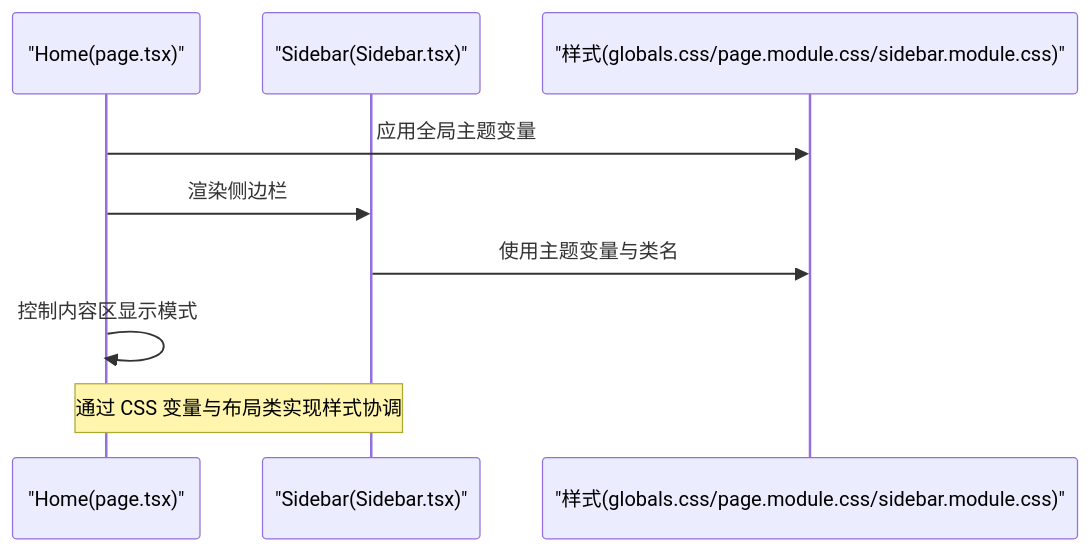
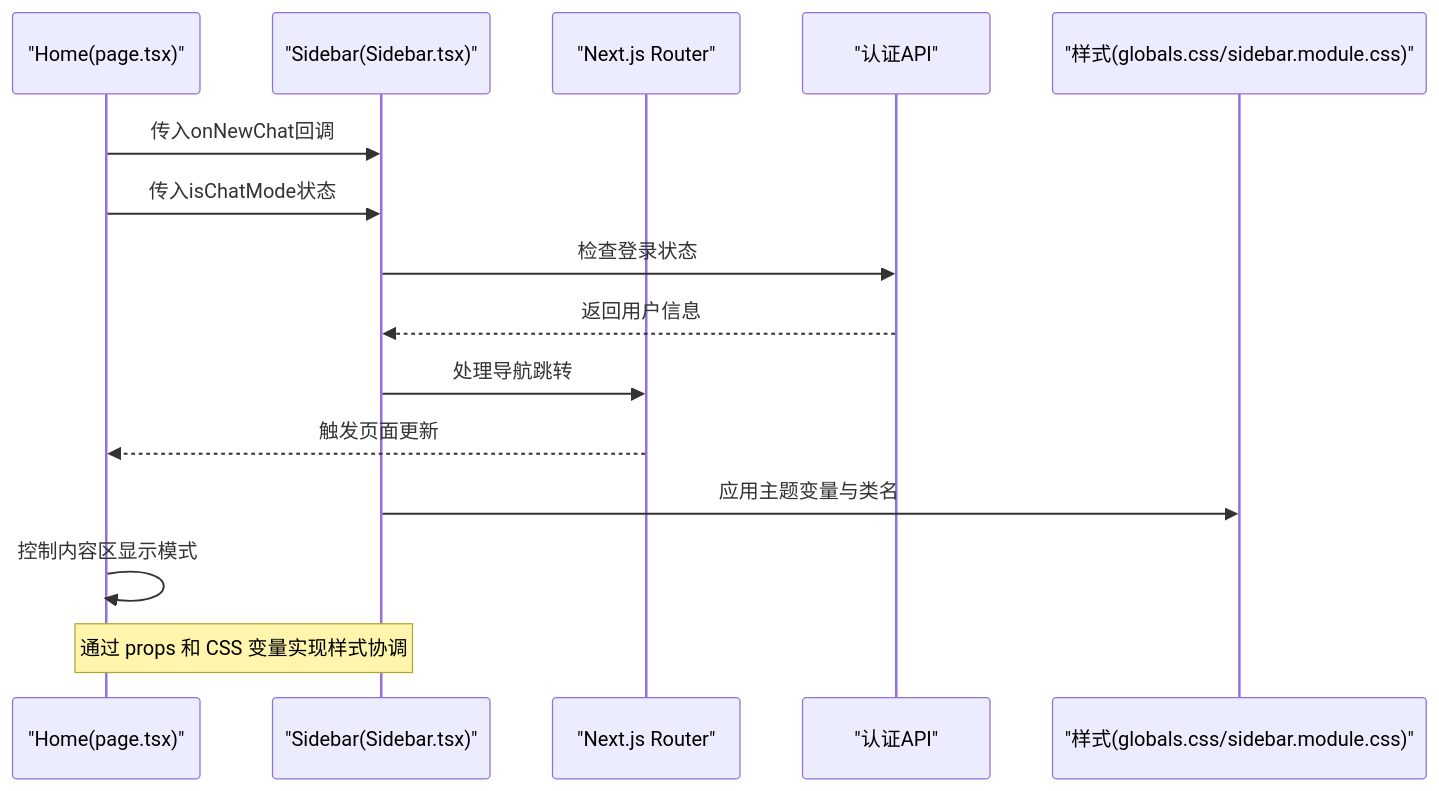
The seventh of 8 diagrams in .qoder/repowiki/zh/content/前端用户界面/Sidebar 侧边栏组件.md (zhangdahai112/LocalManus), drawn with Mermaid before and after one commit. The commit also changed other lines of this file and 4 other files, not shown here.

````diff
--- a/.qoder/repowiki/zh/content/前端用户界面/Sidebar 侧边栏组件.md
+++ b/.qoder/repowiki/zh/content/前端用户界面/Sidebar 侧边栏组件.md
@@ -207,11 +301,17 @@
 ```mermaid
 sequenceDiagram
 participant Page as "Home(page.tsx)"
 participant Sidebar as "Sidebar(Sidebar.tsx)"
-participant Styles as "样式(globals.css/page.module.css/sidebar.module.css)"
-Page->>Styles : 应用全局主题变量
-Page->>Sidebar : 渲染侧边栏
-Sidebar->>Styles : 使用主题变量与类名
+participant Router as "Next.js Router"
+participant AuthAPI as "认证API"
+participant Styles as "样式(globals.css/sidebar.module.css)"
+Page->>Sidebar : 传入onNewChat回调
+Page->>Sidebar : 传入isChatMode状态
+Sidebar->>AuthAPI : 检查登录状态
+AuthAPI-->>Sidebar : 返回用户信息
+Sidebar->>Router : 处理导航跳转
+Router-->>Page : 触发页面更新
+Sidebar->>Styles : 应用主题变量与类名
 Page->>Page : 控制内容区显示模式
-Note over Page,Sidebar : 通过 CSS 变量与布局类实现样式协调
+Note over Page,Sidebar : 通过 props 和 CSS 变量实现样式协调
 ```
````
